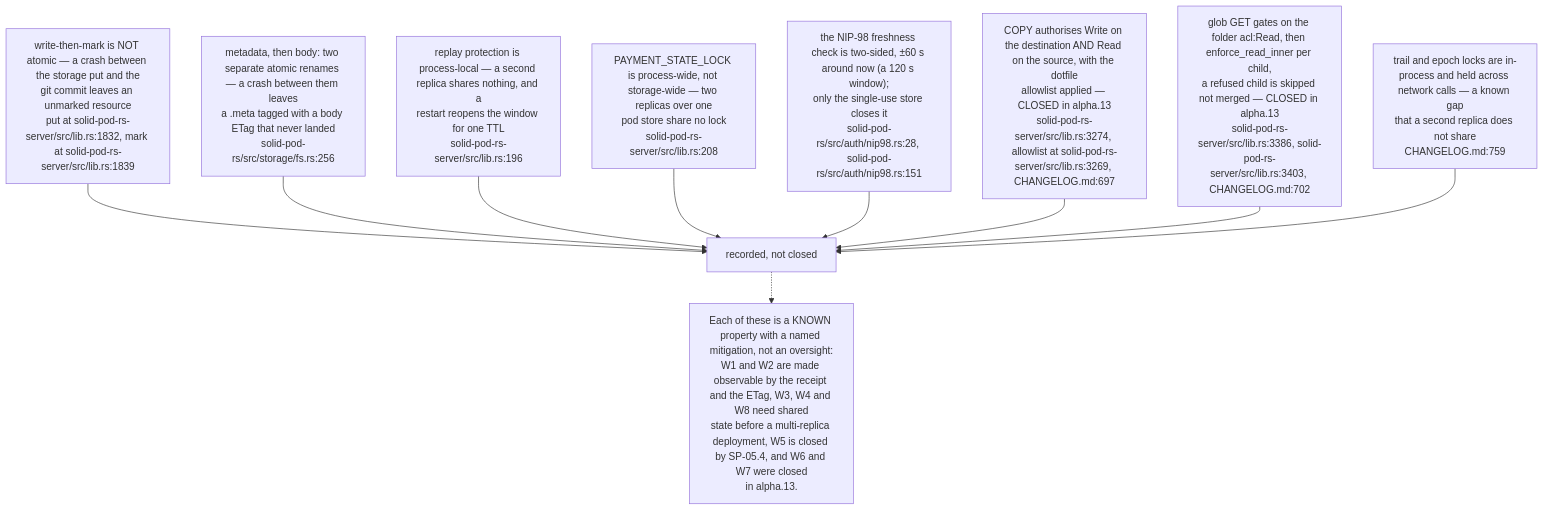
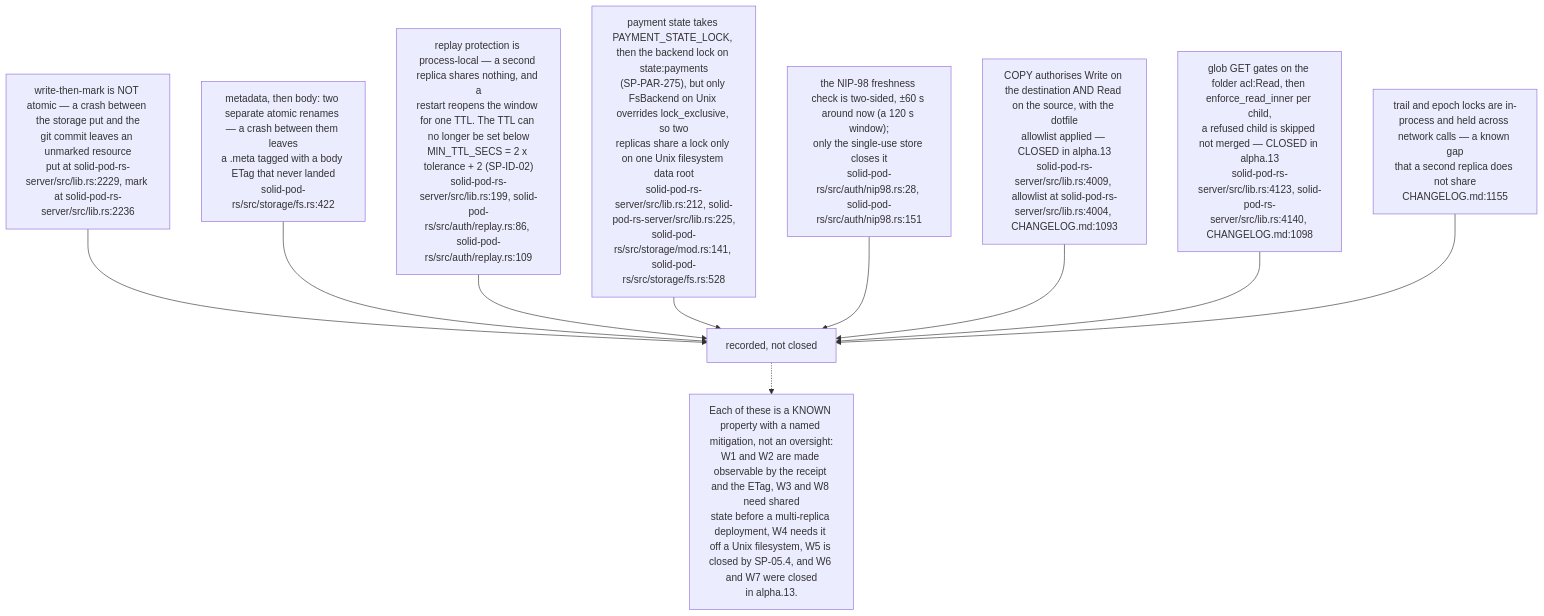
One commit to DreamLab-AI/VisionFlow changed the fourth of 13 diagrams in docs/diagrams/solid-pod-rs/10-failure-modes-and-invariants.md. Above: the diagram before and after it, drawn with Mermaid. The commit also changed other lines of this file and 2 other files, not shown here.

First line of the commit message:
docs(diagrams): SP-07, SP-10, SP-15 re-verified at solid-pod-rs a28a748

````diff
--- a/docs/diagrams/solid-pod-rs/10-failure-modes-and-invariants.md
+++ b/docs/diagrams/solid-pod-rs/10-failure-modes-and-invariants.md
@@ -140,24 +147,24 @@
 ```mermaid
 flowchart TD
-    W1["write-then-mark is NOT atomic — a crash between the storage put and the<br/>git commit leaves an unmarked resource<br/>put at solid-pod-rs-server/src/lib.rs:1832, mark at solid-pod-rs-server/src/lib.rs:1839"]
-    W2["metadata, then body: two separate atomic renames — a crash between them leaves<br/>a .meta tagged with a body ETag that never landed<br/>solid-pod-rs/src/storage/fs.rs:256"]
-    W3["replay protection is process-local — a second replica shares nothing, and a<br/>restart reopens the window for one TTL<br/>solid-pod-rs-server/src/lib.rs:196"]
-    W4["PAYMENT_STATE_LOCK is process-wide, not storage-wide — two replicas over one<br/>pod store share no lock<br/>solid-pod-rs-server/src/lib.rs:208"]
+    W1["write-then-mark is NOT atomic — a crash between the storage put and the<br/>git commit leaves an unmarked resource<br/>put at solid-pod-rs-server/src/lib.rs:2229, mark at solid-pod-rs-server/src/lib.rs:2236"]
+    W2["metadata, then body: two separate atomic renames — a crash between them leaves<br/>a .meta tagged with a body ETag that never landed<br/>solid-pod-rs/src/storage/fs.rs:422"]
+    W3["replay protection is process-local — a second replica shares nothing, and a<br/>restart reopens the window for one TTL. The TTL can no longer be set below<br/>MIN_TTL_SECS = 2 x tolerance + 2 (SP-ID-02)<br/>solid-pod-rs-server/src/lib.rs:199, solid-pod-rs/src/auth/replay.rs:86, solid-pod-rs/src/auth/replay.rs:109"]
+    W4["payment state takes PAYMENT_STATE_LOCK, then the backend lock on state:payments<br/>(SP-PAR-275), but only FsBackend on Unix overrides lock_exclusive, so two<br/>replicas share a lock only on one Unix filesystem data root<br/>solid-pod-rs-server/src/lib.rs:212, solid-pod-rs-server/src/lib.rs:225,<br/>solid-pod-rs/src/storage/mod.rs:141, solid-pod-rs/src/storage/fs.rs:528"]
     W5["the NIP-98 freshness check is two-sided, ±60 s around now (a 120 s window);<br/>only the single-use store closes it<br/>solid-pod-rs/src/auth/nip98.rs:28, solid-pod-rs/src/auth/nip98.rs:151"]
-    W6["COPY authorises Write on the destination AND Read on the source, with the dotfile<br/>allowlist applied — CLOSED in alpha.13<br/>solid-pod-rs-server/src/lib.rs:3274, allowlist at solid-pod-rs-server/src/lib.rs:3269, CHANGELOG.md:697"]
-    W7["glob GET gates on the folder acl:Read, then enforce_read_inner per child,<br/>a refused child is skipped not merged — CLOSED in alpha.13<br/>solid-pod-rs-server/src/lib.rs:3386, solid-pod-rs-server/src/lib.rs:3403, CHANGELOG.md:702"]
+    W6["COPY authorises Write on the destination AND Read on the source, with the dotfile<br/>allowlist applied — CLOSED in alpha.13<br/>solid-pod-rs-server/src/lib.rs:4009, allowlist at solid-pod-rs-server/src/lib.rs:4004, CHANGELOG.md:1093"]
+    W7["glob GET gates on the folder acl:Read, then enforce_read_inner per child,<br/>a refused child is skipped not merged — CLOSED in alpha.13<br/>solid-pod-rs-server/src/lib.rs:4123, solid-pod-rs-server/src/lib.rs:4140, CHANGELOG.md:1098"]
 
-    W8["trail and epoch locks are in-process and held across network calls — a known gap<br/>that a second replica does not share<br/>CHANGELOG.md:759"]
+    W8["trail and epoch locks are in-process and held across network calls — a known gap<br/>that a second replica does not share<br/>CHANGELOG.md:1155"]
 
     W1 --> R["recorded, not closed"]
     W2 --> R
     W3 --> R
     W4 --> R
     W5 --> R
     W6 --> R
     W7 --> R
     W8 --> R
 
-    N["Each of these is a KNOWN property with a named mitigation, not an oversight:<br/>W1 and W2 are made observable by the receipt and the ETag, W3, W4 and W8 need shared<br/>state before a multi-replica deployment, W5 is closed by SP-05.4, and W6 and W7 were closed<br/>in alpha.13."]
+    N["Each of these is a KNOWN property with a named mitigation, not an oversight:<br/>W1 and W2 are made observable by the receipt and the ETag, W3 and W8 need shared<br/>state before a multi-replica deployment, W4 needs it off a Unix filesystem, W5 is closed by SP-05.4, and W6 and W7 were closed<br/>in alpha.13."]
     R -.-> N
 ```
````
